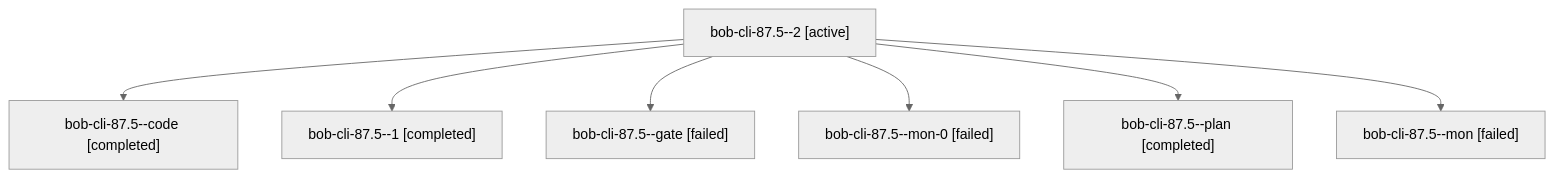
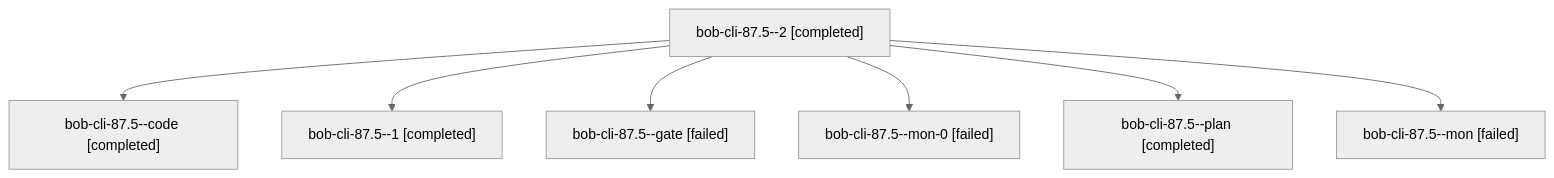
One commit to bobs-org/bob-cli--agents changed the diagram in sessions/bbugyi200.athena.bob-cli-87.5.md. Above: the diagram before and after it, drawn with Mermaid (neutral theme). The commit also changed other lines of this file and 90 other files, not shown here.

````diff
--- a/sessions/bbugyi200.athena.bob-cli-87.5.md
+++ b/sessions/bbugyi200.athena.bob-cli-87.5.md
@@ -9,16 +9,16 @@
 ```mermaid
 flowchart TD
-  n0["bob-cli-87.5--2 [active]"]
+  n0["bob-cli-87.5--2 [completed]"]
   n1["bob-cli-87.5--code [completed]"]
   n0 --> n1
   n2["bob-cli-87.5--1 [completed]"]
   n0 --> n2
   n3["bob-cli-87.5--gate [failed]"]
   n0 --> n3
   n4["bob-cli-87.5--mon-0 [failed]"]
   n0 --> n4
   n5["bob-cli-87.5--plan [completed]"]
   n0 --> n5
   n6["bob-cli-87.5--mon [failed]"]
   n0 --> n6
 ```
````
